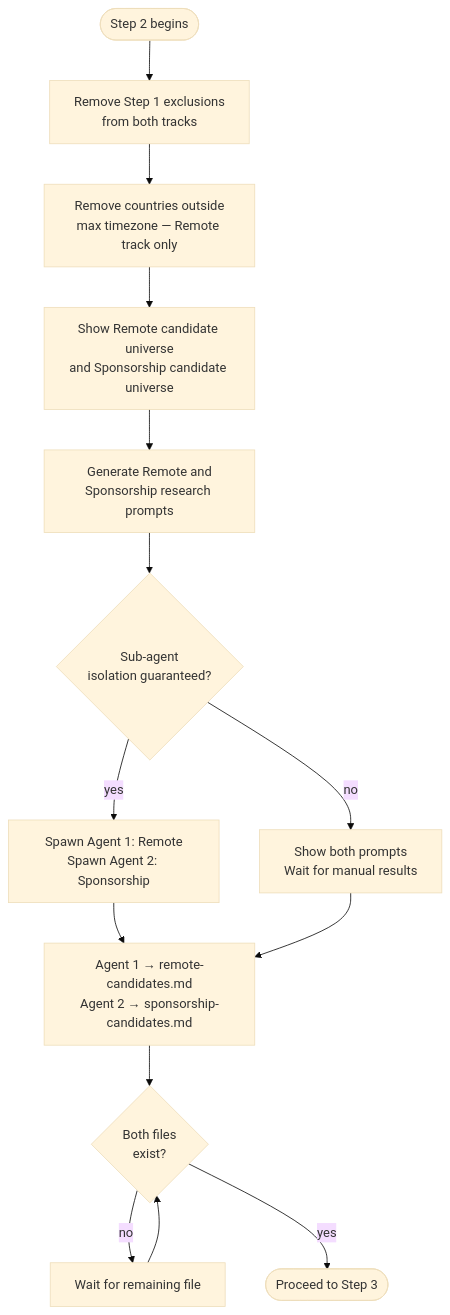
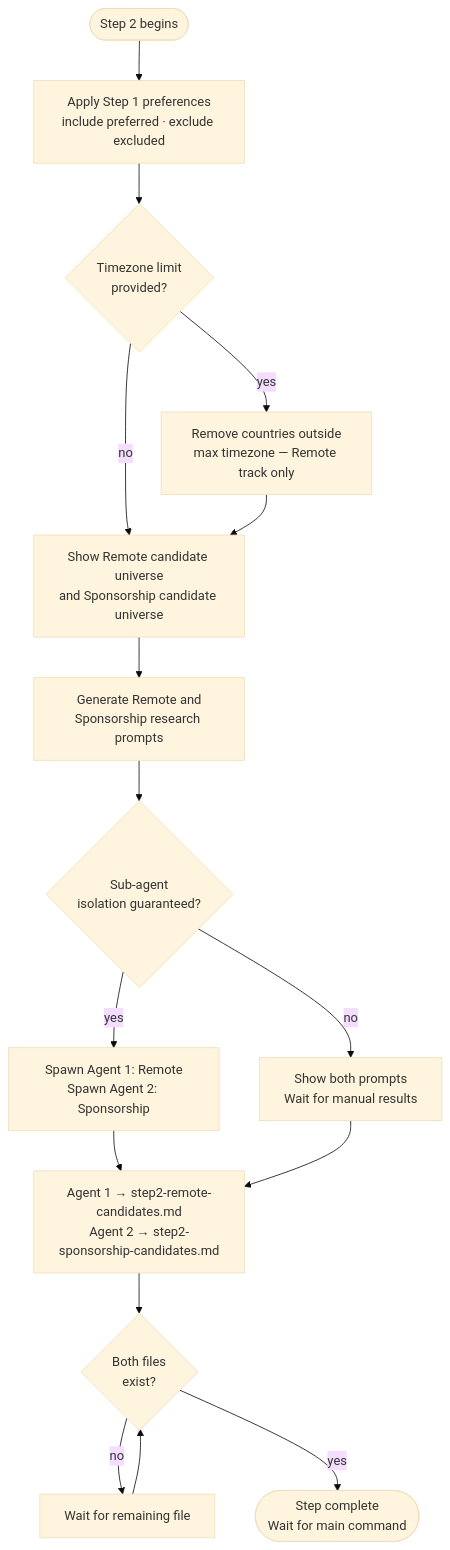
The diagram in docs/commands/country-finder/step2-candidate-discovery.md (myowinthein/agent-compass), drawn with Mermaid (base theme) before and after one commit. The commit also changed other lines of this file and 13 other files, not shown here.

First line of the commit message:
refactor(country-finder): overhaul step1-6 pipeline, command, and docs

````diff
--- a/docs/commands/country-finder/step2-candidate-discovery.md
+++ b/docs/commands/country-finder/step2-candidate-discovery.md
@@ -14,16 +14,18 @@
 ```mermaid
 flowchart TD
-  Start([Step 2 begins]) --> FilterEx[Remove Step 1 exclusions\nfrom both tracks]
-  FilterEx --> FilterTZ[Remove countries outside\nmax timezone — Remote track only]
+  Start([Step 2 begins]) --> FilterPref[Apply Step 1 preferences\ninclude preferred · exclude excluded]
+  FilterPref --> TZCheck{Timezone limit\nprovided?}
+  TZCheck -->|yes| FilterTZ[Remove countries outside\nmax timezone — Remote track only]
+  TZCheck -->|no| ShowLists
   FilterTZ --> ShowLists[Show Remote candidate universe\nand Sponsorship candidate universe]
   ShowLists --> GenPrompts[Generate Remote and\nSponsorship research prompts]
   GenPrompts --> Isolate{Sub-agent\nisolation guaranteed?}
   Isolate -->|yes| Agents[Spawn Agent 1: Remote\nSpawn Agent 2: Sponsorship]
   Isolate -->|no| Manual[Show both prompts\nWait for manual results]
-  Agents --> Files[Agent 1 → remote-candidates.md\nAgent 2 → sponsorship-candidates.md]
+  Agents --> Files[Agent 1 → step2-remote-candidates.md\nAgent 2 → step2-sponsorship-candidates.md]
   Manual --> Files
   Files --> BothDone{Both files\nexist?}
   BothDone -->|no| Wait[Wait for remaining file]
   Wait --> BothDone
-  BothDone -->|yes| Done([Proceed to Step 3])
+  BothDone -->|yes| Done([Step complete\nWait for main command])
 ```
````
